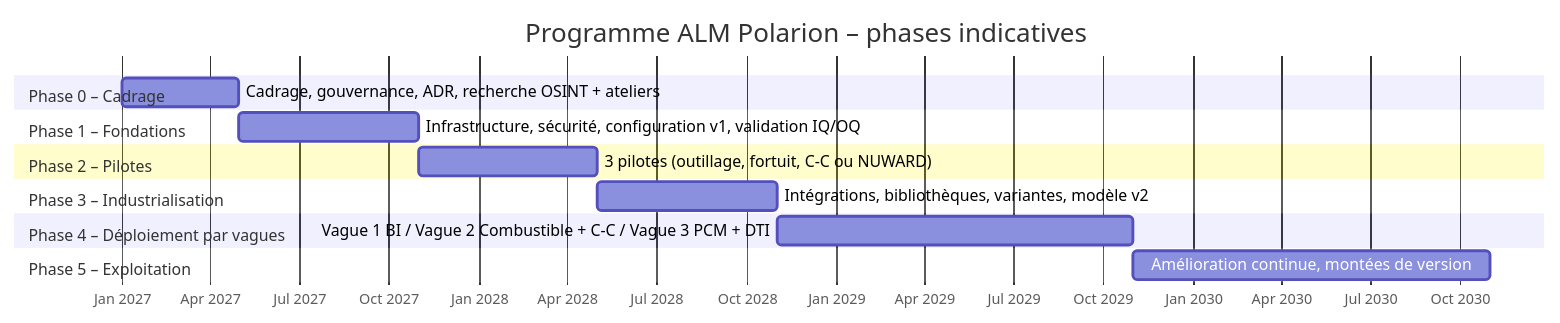
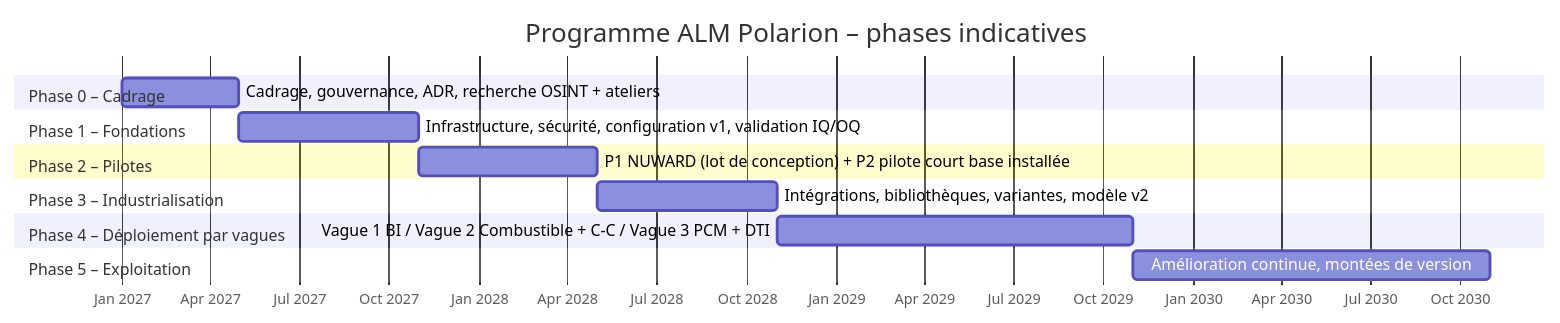
Before and after one commit to PapSee1/ALM_Datamodel: the diagram in docs/partie3/16_Feuille_de_route_deploiement.md, drawn with Mermaid. The commit also changed other lines of this file and 77 other files, not shown here.

````diff
--- a/docs/partie3/16_Feuille_de_route_deploiement.md
+++ b/docs/partie3/16_Feuille_de_route_deploiement.md
@@ -7,18 +14,18 @@
 ```mermaid
 gantt
   dateFormat  YYYY-MM
   axisFormat  %b %Y
   title Programme ALM Polarion – phases indicatives
   section Phase 0 – Cadrage
   Cadrage, gouvernance, ADR, recherche OSINT + ateliers     :p0, 2027-01, 4M
   section Phase 1 – Fondations
   Infrastructure, sécurité, configuration v1, validation IQ/OQ :p1, after p0, 6M
   section Phase 2 – Pilotes
-  3 pilotes (outillage, fortuit, C-C ou NUWARD)              :p2, after p1, 6M
+  P1 NUWARD (lot de conception) + P2 pilote court base installée :p2, after p1, 6M
   section Phase 3 – Industrialisation
   Intégrations, bibliothèques, variantes, modèle v2          :p3, after p2, 6M
   section Phase 4 – Déploiement par vagues
   Vague 1 BI / Vague 2 Combustible + C-C / Vague 3 PCM + DTI :p4, after p3, 12M
   section Phase 5 – Exploitation
   Amélioration continue, montées de version                  :p5, after p4, 12M
 ```
````
